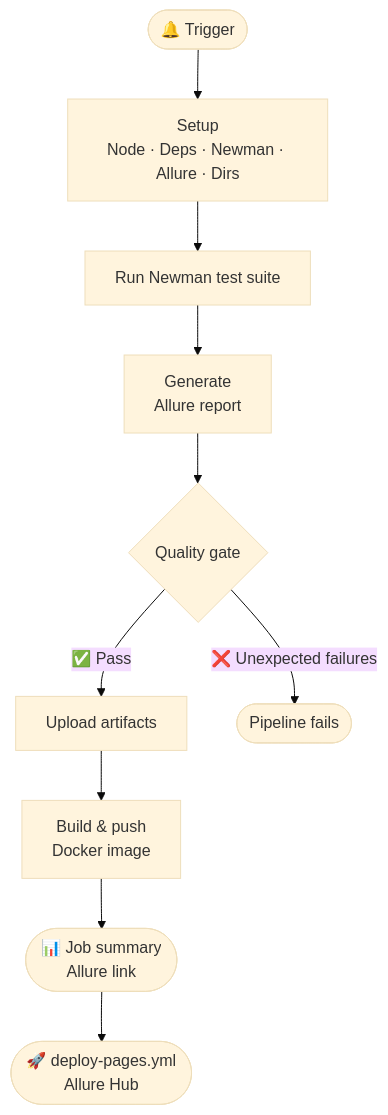
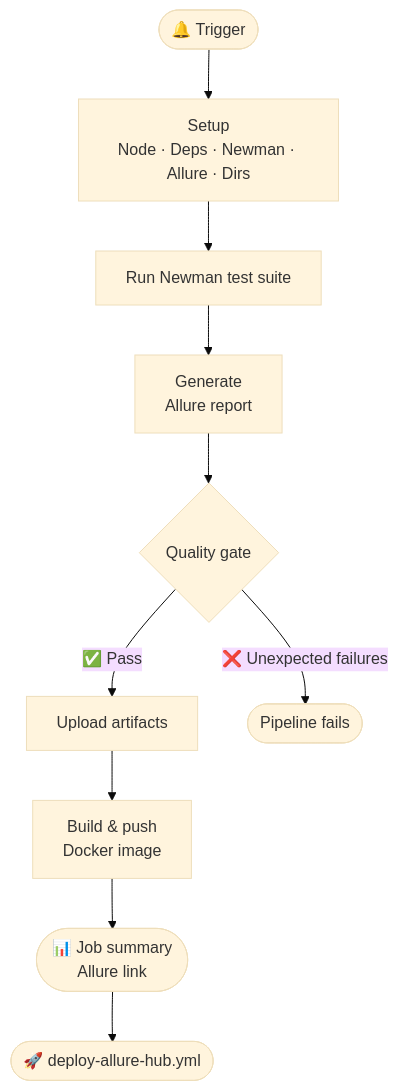
The diagram in 02_api/restful_booker/README.md (alexB35/qa-automation-portfolio), drawn with Mermaid (base theme) before and after one commit. The commit also changed other lines of this file and 4 other files, not shown here.

````diff
--- a/02_api/restful_booker/README.md
+++ b/02_api/restful_booker/README.md
@@ -68,12 +64,12 @@
 ```mermaid
 flowchart TD
     A([🔔 Trigger]) --> B[Setup\nNode · Deps · Newman · Allure · Dirs]
     B --> C[Run Newman test suite]
     C --> D[Generate\nAllure report]
     D --> E{Quality gate}
     E -->|✅ Pass| F[Upload artifacts]
     E -->|❌ Unexpected failures| Z([Pipeline fails])
     F --> G[Build & push\nDocker image]
     G --> H([📊 Job summary\nAllure link])
-    H --> I([🚀 deploy-pages.yml\nAllure Hub])
+    H --> I([🚀 deploy-allure-hub.yml])
 ```
````
